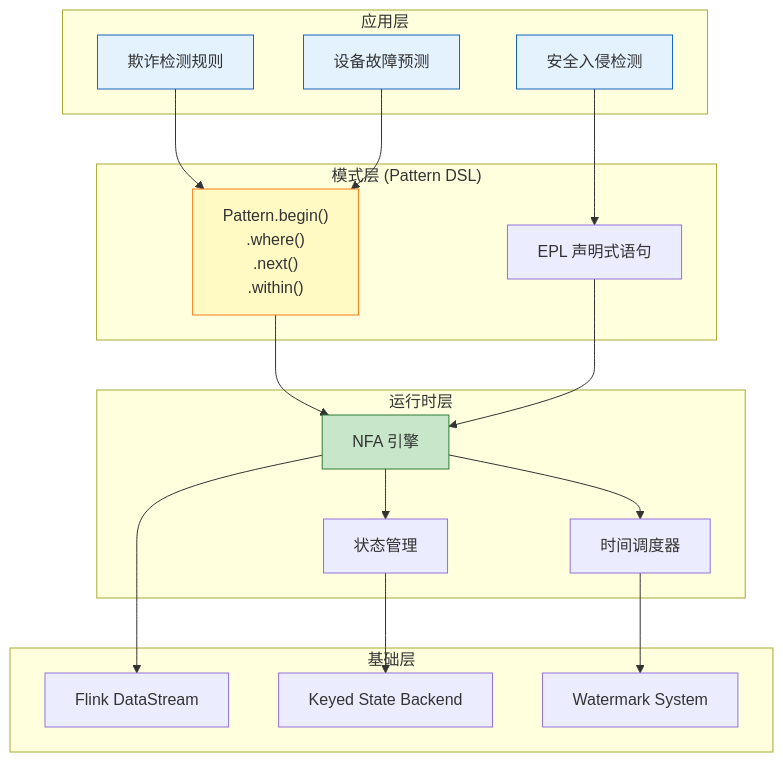
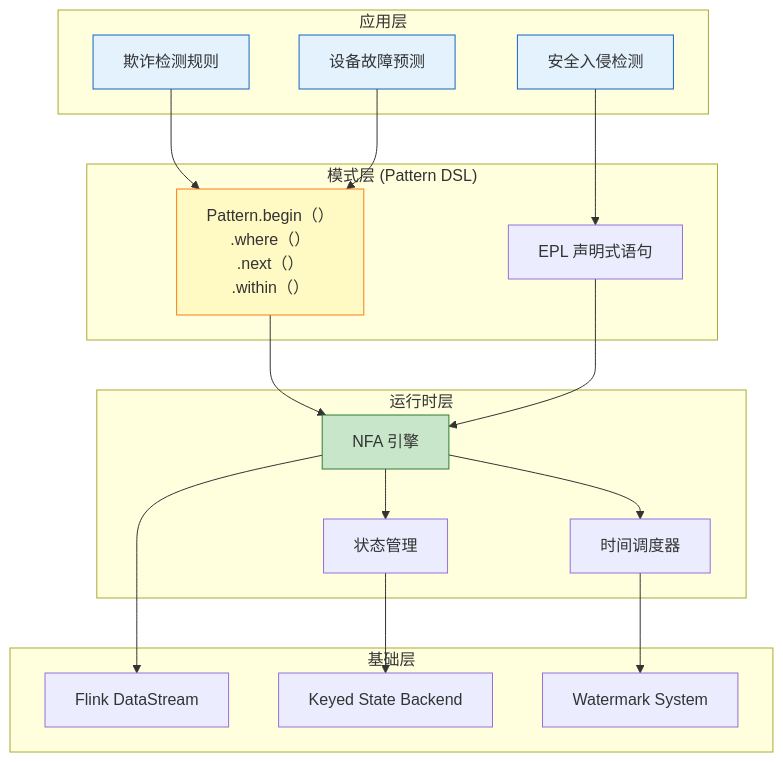
One commit to AdaMartin18010/AnalysisDataFlow changed the second of 3 diagrams in Knowledge/02-design-patterns/pattern-cep-complex-event.md. Above: the diagram before and after it, drawn with Mermaid. The commit also changed other lines of this file and 253 other files, not shown here.

````diff
--- a/Knowledge/02-design-patterns/pattern-cep-complex-event.md
+++ b/Knowledge/02-design-patterns/pattern-cep-complex-event.md
@@ -911,42 +911,42 @@
 ```mermaid
 graph TB
     subgraph "应用层"
         A1[欺诈检测规则]
         A2[设备故障预测]
         A3[安全入侵检测]
     end
 
     subgraph "模式层 (Pattern DSL)"
-        P1["Pattern.begin()<br/>.where()<br/>.next()<br/>.within()"]
+        P1["Pattern.begin（）<br/>.where（）<br/>.next（）<br/>.within（）"]
         P2[EPL 声明式语句]
     end
 
     subgraph "运行时层"
         R1[NFA 引擎]
         R2[状态管理]
         R3[时间调度器]
     end
 
     subgraph "基础层"
         B1[Flink DataStream]
         B2[Keyed State Backend]
         B3[Watermark System]
     end
 
     A1 --> P1
     A2 --> P1
     A3 --> P2
     P1 --> R1
     P2 --> R1
     R1 --> R2
     R1 --> R3
     R2 --> B2
     R3 --> B3
     R1 --> B1
 
     style A1 fill:#e3f2fd,stroke:#1565c0
     style A2 fill:#e3f2fd,stroke:#1565c0
     style A3 fill:#e3f2fd,stroke:#1565c0
     style P1 fill:#fff9c4,stroke:#f57f17
     style R1 fill:#c8e6c9,stroke:#2e7d32
 ```
````
